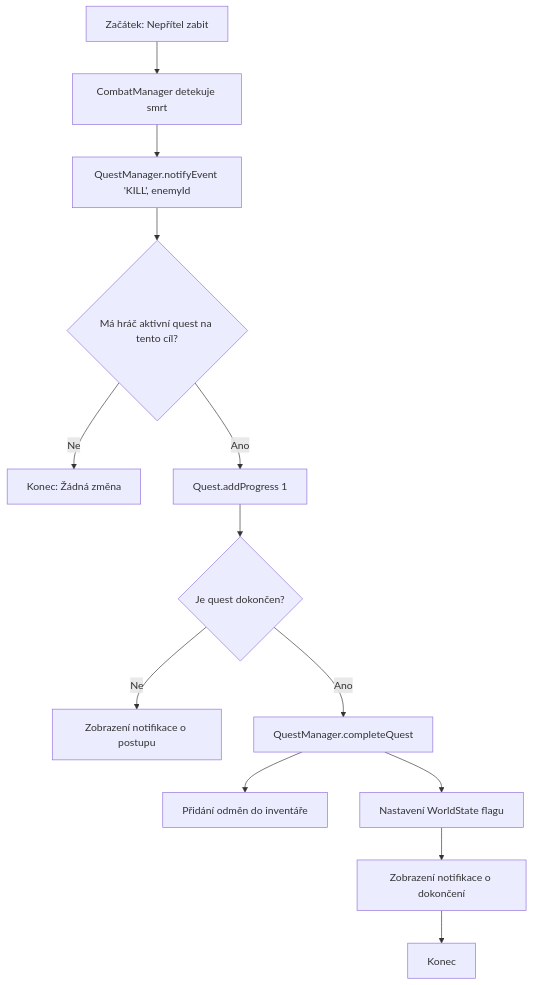
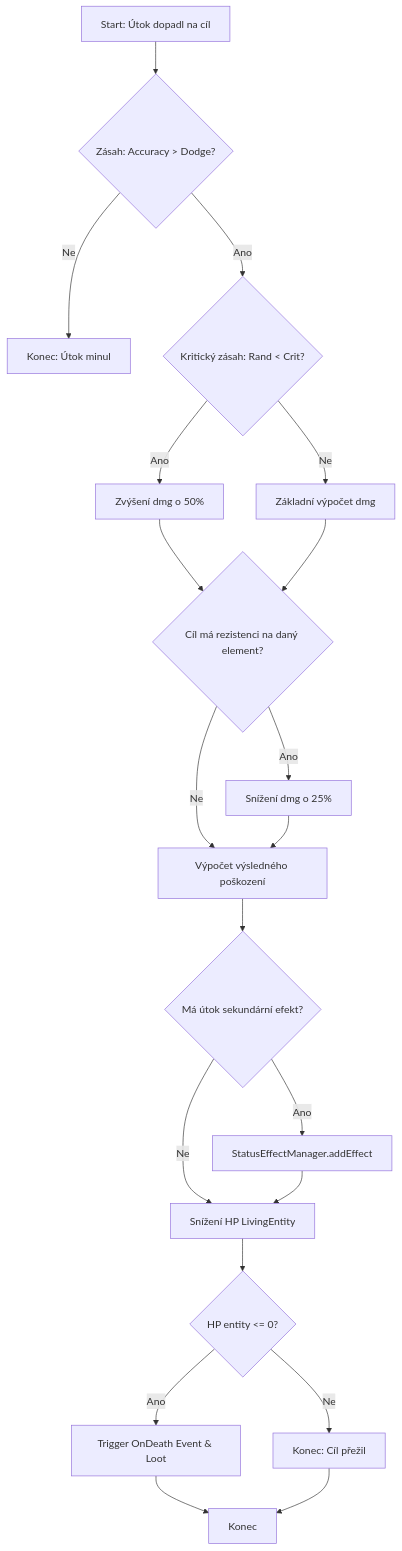
The diagram in testing_docs/test_scenarios.md (Safik121/DaoEngine), drawn with Mermaid before and after one commit. The commit also changed other lines of this file and 4 other files, not shown here.

````diff
--- a/testing_docs/test_scenarios.md
+++ b/testing_docs/test_scenarios.md
@@ -51,15 +51,30 @@
 ```mermaid
 graph TD
-    A[Začátek: Nepřítel zabit] --> B[CombatManager detekuje smrt]
-    B --> C[QuestManager.notifyEvent 'KILL', enemyId]
-    C --> D{Má hráč aktivní quest na tento cíl?}
-    D -- Ne --> E[Konec: Žádná změna]
-    D -- Ano --> F[Quest.addProgress 1]
-    F --> G{Je quest dokončen?}
-    G -- Ne --> H[Zobrazení notifikace o postupu]
-    G -- Ano --> I[QuestManager.completeQuest]
-    I --> J[Přidání odměn do inventáře]
-    I --> K[Nastavení WorldState flagu]
-    K --> L[Zobrazení notifikace o dokončení]
-    L --> M[Konec]
+    A[Start: Útok dopadl na cíl] --> D1{Zásah: Accuracy > Dodge?}
+    D1 -- Ne --> B[Konec: Útok minul]
+    D1 -- Ano --> D2{Kritický zásah: Rand < Crit?}
+    
+    D2 -- Ano --> C[Zvýšení dmg o 50%]
+    D2 -- Ne --> D[Základní výpočet dmg]
+    
+    C --> D3{Cíl má rezistenci na daný element?}
+    D --> D3
+    
+    D3 -- Ano --> E[Snížení dmg o 25%]
+    D3 -- Ne --> F[Výpočet výsledného poškození]
+    
+    E --> F
+    F --> D4{Má útok sekundární efekt?}
+    
+    D4 -- Ano --> G[StatusEffectManager.addEffect]
+    D4 -- Ne --> H[Snížení HP LivingEntity]
+    
+    G --> H
+    H --> D5{HP entity <= 0?}
+    
+    D5 -- Ano --> I[Trigger OnDeath Event & Loot]
+    D5 -- Ne --> J[Konec: Cíl přežil]
+    
+    I --> K[Konec]
+    J --> K
 ```
````
